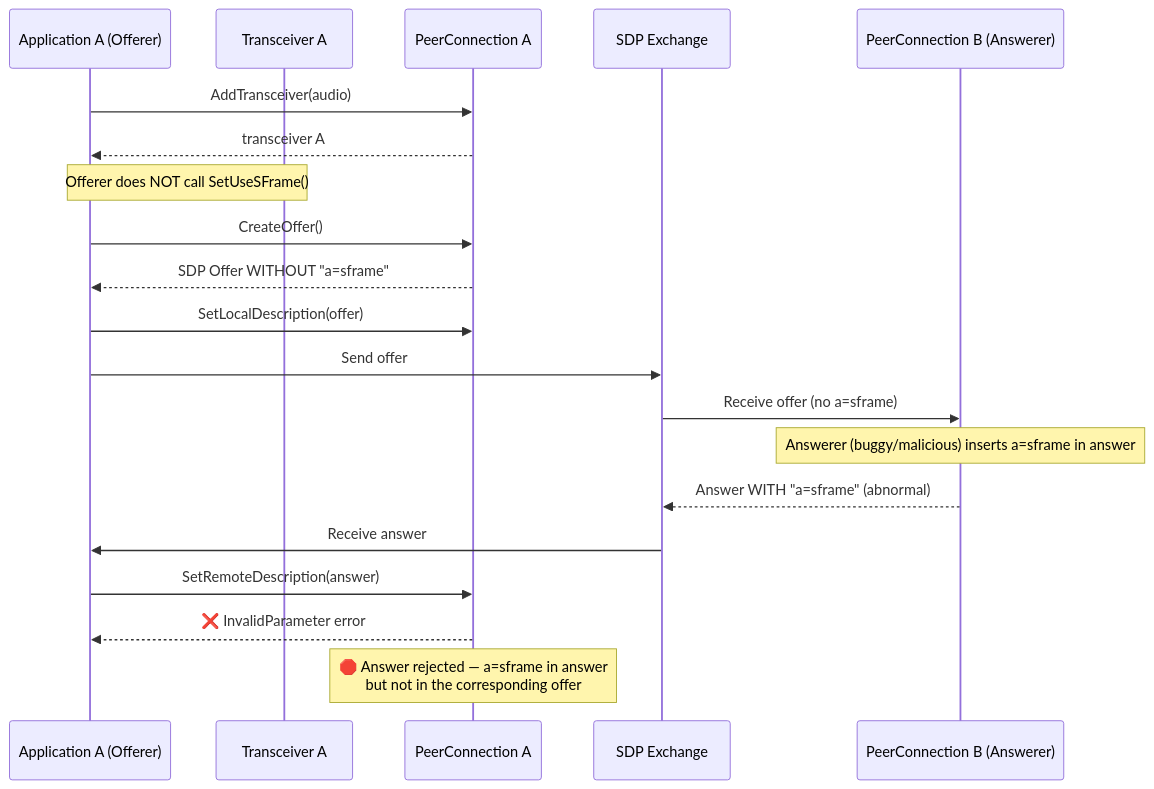
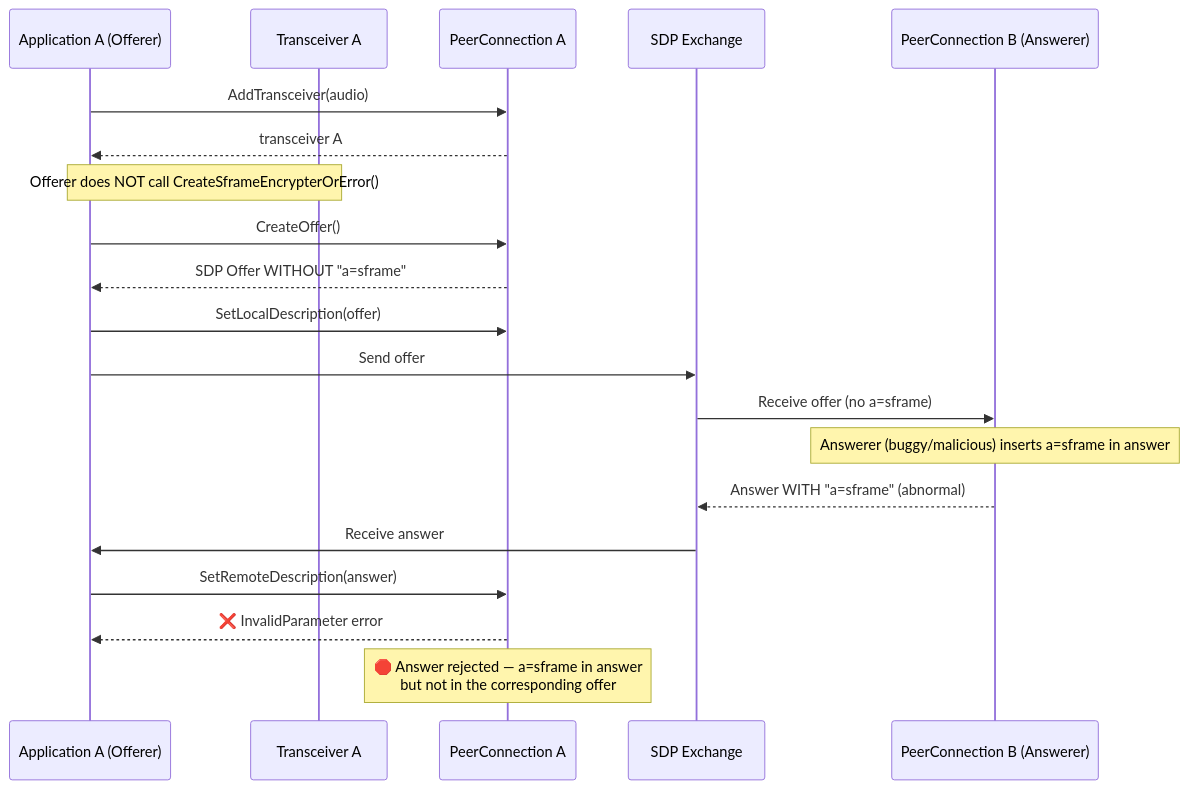
Before and after one commit to webex/webrtc-sframe: the third of 6 diagrams in negotiation.md, drawn with Mermaid. The commit also changed other lines of this file and 1 other file, not shown here.

````diff
--- a/negotiation.md
+++ b/negotiation.md
@@ -196,27 +211,27 @@
 ```mermaid
 sequenceDiagram
     participant AppA as Application A (Offerer)
     participant TA as Transceiver A
     participant PCA as PeerConnection A
     participant SDP as SDP Exchange
     participant PCB as PeerConnection B (Answerer)
 
     AppA->>PCA: AddTransceiver(audio)
     PCA-->>AppA: transceiver A
-    Note over AppA,TA: Offerer does NOT call SetUseSFrame()
+    Note over AppA,TA: Offerer does NOT call CreateSframeEncrypterOrError()
 
     AppA->>PCA: CreateOffer()
     PCA-->>AppA: SDP Offer WITHOUT "a=sframe"
     AppA->>PCA: SetLocalDescription(offer)
     AppA->>SDP: Send offer
 
     SDP->>PCB: Receive offer (no a=sframe)
     Note over PCB: Answerer (buggy/malicious) inserts a=sframe in answer
     PCB-->>SDP: Answer WITH "a=sframe" (abnormal)
     SDP->>AppA: Receive answer
 
     AppA->>PCA: SetRemoteDescription(answer)
     PCA-->>AppA: ❌ InvalidParameter error
 
     Note over PCA: 🛑 Answer rejected — a=sframe in answer<br/>but not in the corresponding offer
 ```
````
